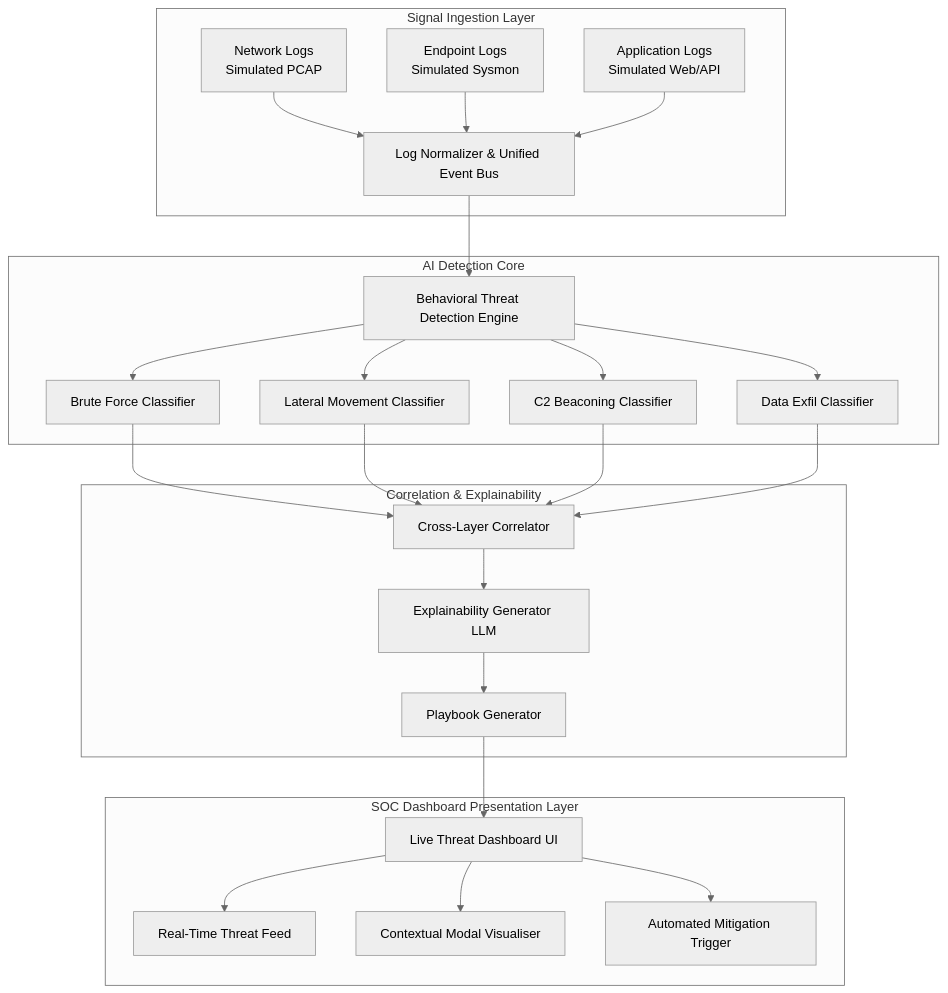
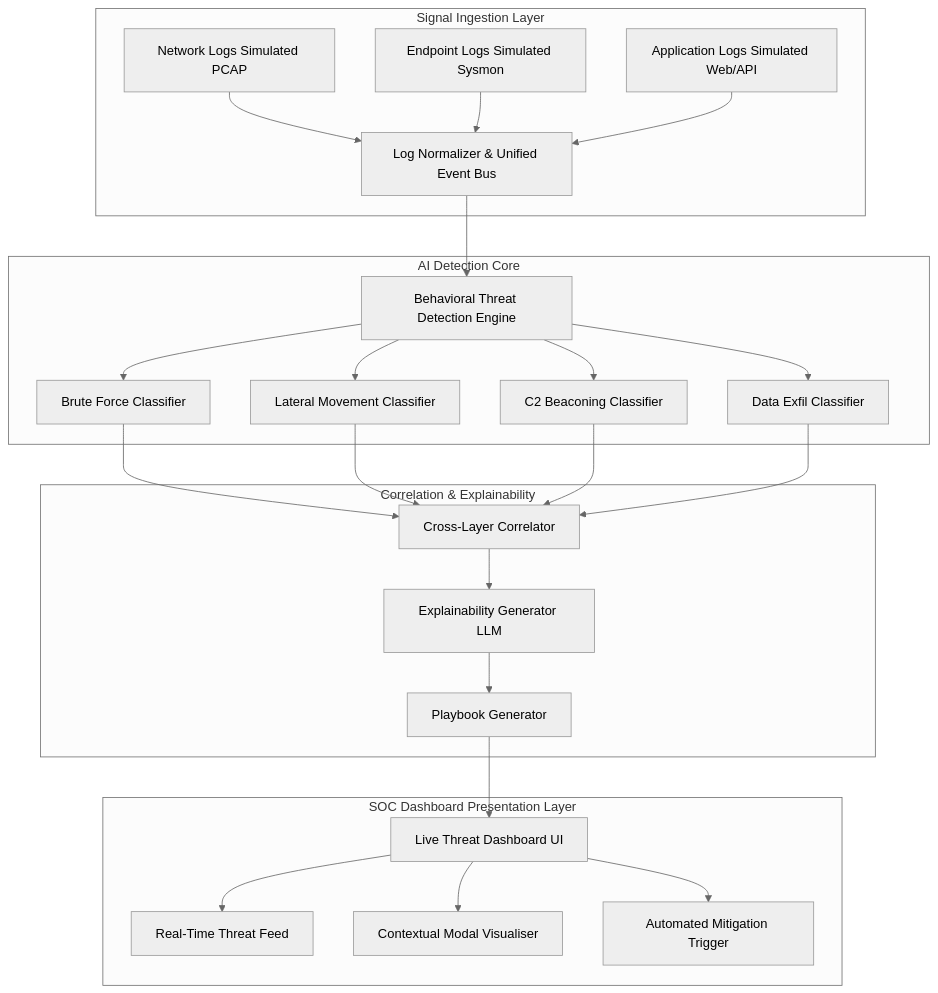
The diagram in system_architecture.md (rishithsgowda13/Nexus-Ai), drawn with Mermaid (neutral theme) before and after one commit.

Commit message:
Fix mermaid rendering syntax

````diff
--- a/system_architecture.md
+++ b/system_architecture.md
@@ -19,29 +19,29 @@
 ```mermaid
 graph TD
     subgraph Signal Ingestion Layer
-        A1[Network Logs<br/>Simulated PCAP] --> B[Log Normalizer & Unified Event Bus]
-        A2[Endpoint Logs<br/>Simulated Sysmon] --> B
-        A3[Application Logs<br/>Simulated Web/API] --> B
+        A1["Network Logs Simulated PCAP"] --> B["Log Normalizer & Unified Event Bus"]
+        A2["Endpoint Logs Simulated Sysmon"] --> B
+        A3["Application Logs Simulated Web/API"] --> B
     end
 
     subgraph AI Detection Core
-        B --> C[Behavioral Threat Detection Engine]
-        C --> D1[Brute Force Classifier]
-        C --> D2[Lateral Movement Classifier]
-        C --> D3[C2 Beaconing Classifier]
-        C --> D4[Data Exfil Classifier]
+        B --> C["Behavioral Threat Detection Engine"]
+        C --> D1["Brute Force Classifier"]
+        C --> D2["Lateral Movement Classifier"]
+        C --> D3["C2 Beaconing Classifier"]
+        C --> D4["Data Exfil Classifier"]
     end
 
     subgraph Correlation & Explainability
-        D1 & D2 & D3 & D4 --> E[Cross-Layer Correlator]
-        E --> F[Explainability Generator LLM]
-        F --> G[Playbook Generator]
+        D1 & D2 & D3 & D4 --> E["Cross-Layer Correlator"]
+        E --> F["Explainability Generator LLM"]
+        F --> G["Playbook Generator"]
     end
 
     subgraph SOC Dashboard Presentation Layer
-        G --> H[Live Threat Dashboard UI]
-        H --> I1[Real-Time Threat Feed]
-        H --> I2[Contextual Modal Visualiser]
-        H --> I3[Automated Mitigation Trigger]
+        G --> H["Live Threat Dashboard UI"]
+        H --> I1["Real-Time Threat Feed"]
+        H --> I2["Contextual Modal Visualiser"]
+        H --> I3["Automated Mitigation Trigger"]
     end
 ```
````
